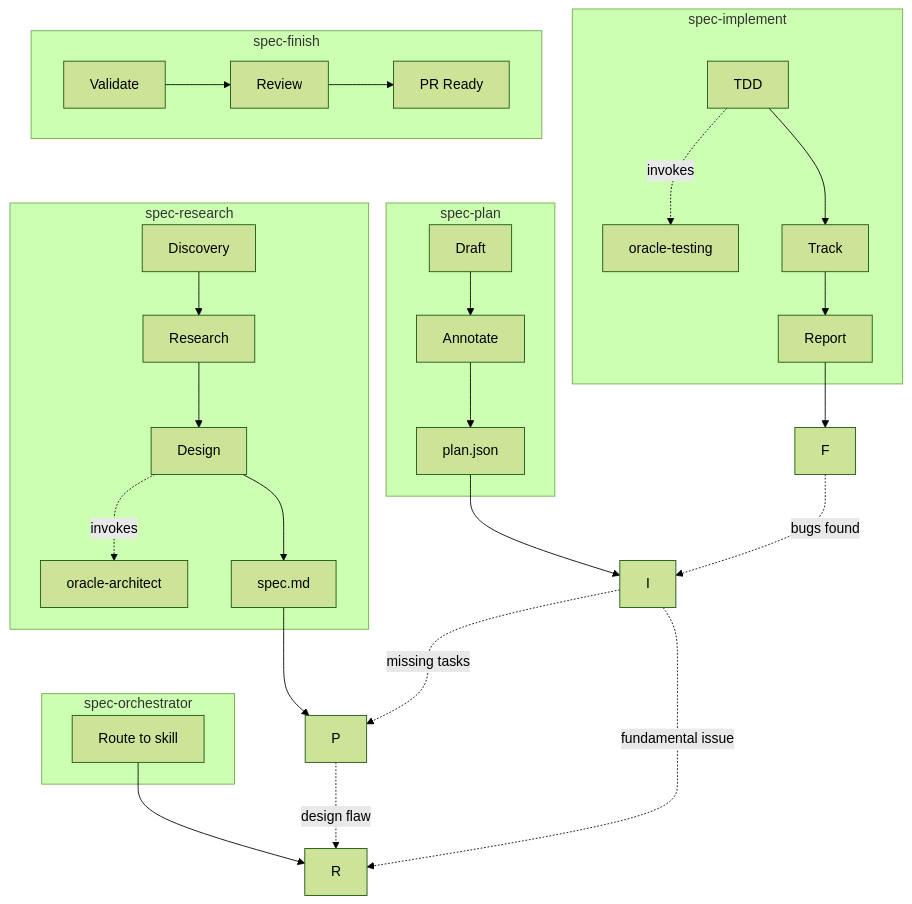
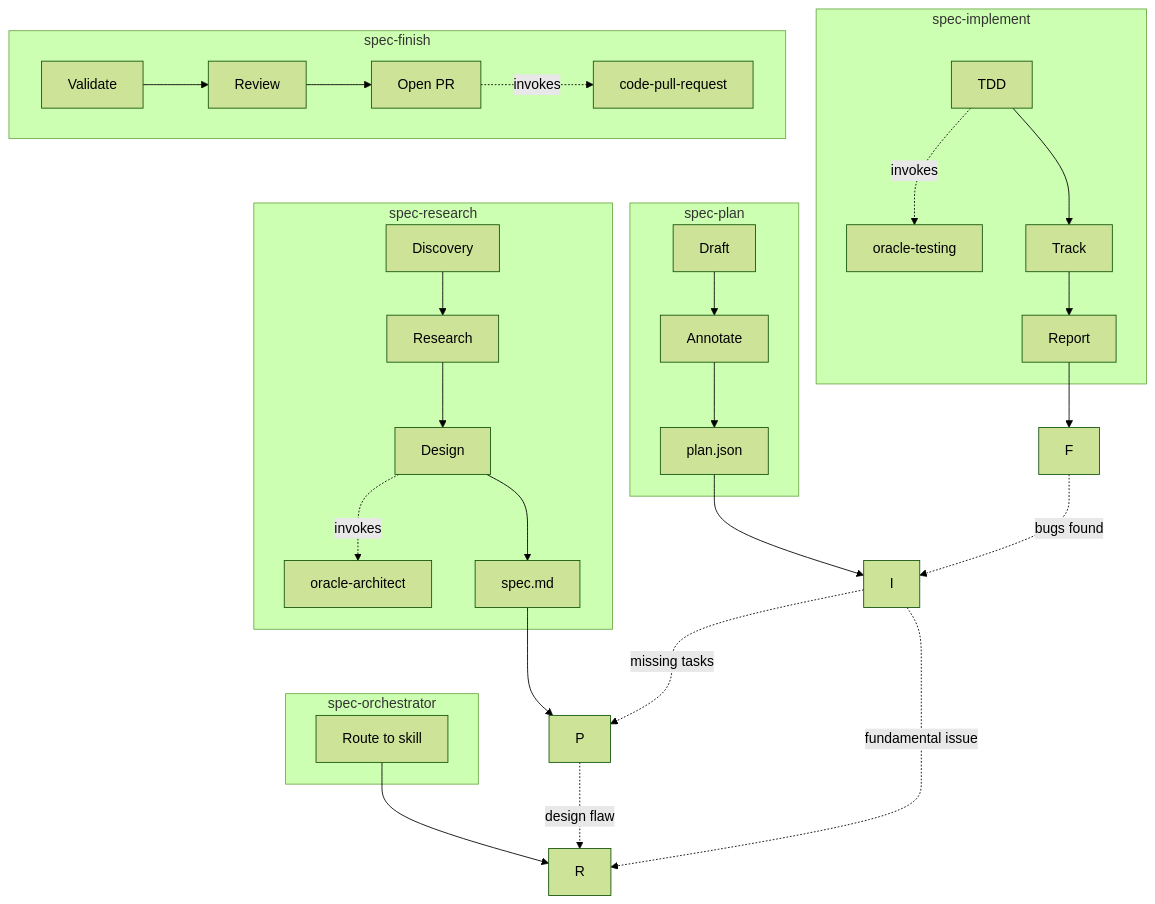
The diagram in AGENTS.md (martinffx/atelier), drawn with Mermaid (forest theme) before and after one commit. The commit also changed 6 other files, not shown here.

First line of the commit message:
fix(code-pull-request): resolve code-review findings

````diff
--- a/AGENTS.md
+++ b/AGENTS.md
@@ -75,42 +75,43 @@
 ```mermaid
 graph TB
     subgraph "spec-orchestrator"
         O[Route to skill]
     end
     
     O --> R
     
     subgraph "spec-research"
         R1[Discovery] --> R2[Research]
         R2 --> R3[Design]
         R3 -.->|invokes| A1[oracle-architect]
         R3 --> R4[spec.md]
     end
     
     R4 --> P
     
     subgraph "spec-plan"
         P1[Draft] --> P2[Annotate]
         P2 --> P3[plan.json]
     end
     
     P3 --> I
     
     subgraph "spec-implement"
         I1[TDD] -.->|invokes| T1[oracle-testing]
         I1 --> I2[Track]
         I2 --> I3[Report]
     end
     
     I3 --> F
     
     subgraph "spec-finish"
         F1[Validate] --> F2[Review]
-        F2 --> F3[PR Ready]
+        F2 --> F3[Open PR]
+        F3 -.->|invokes| U1[code-pull-request]
     end
     
     P -.->|design flaw| R
     I -.->|missing tasks| P
     I -.->|fundamental issue| R
     F -.->|bugs found| I
 ```
````
